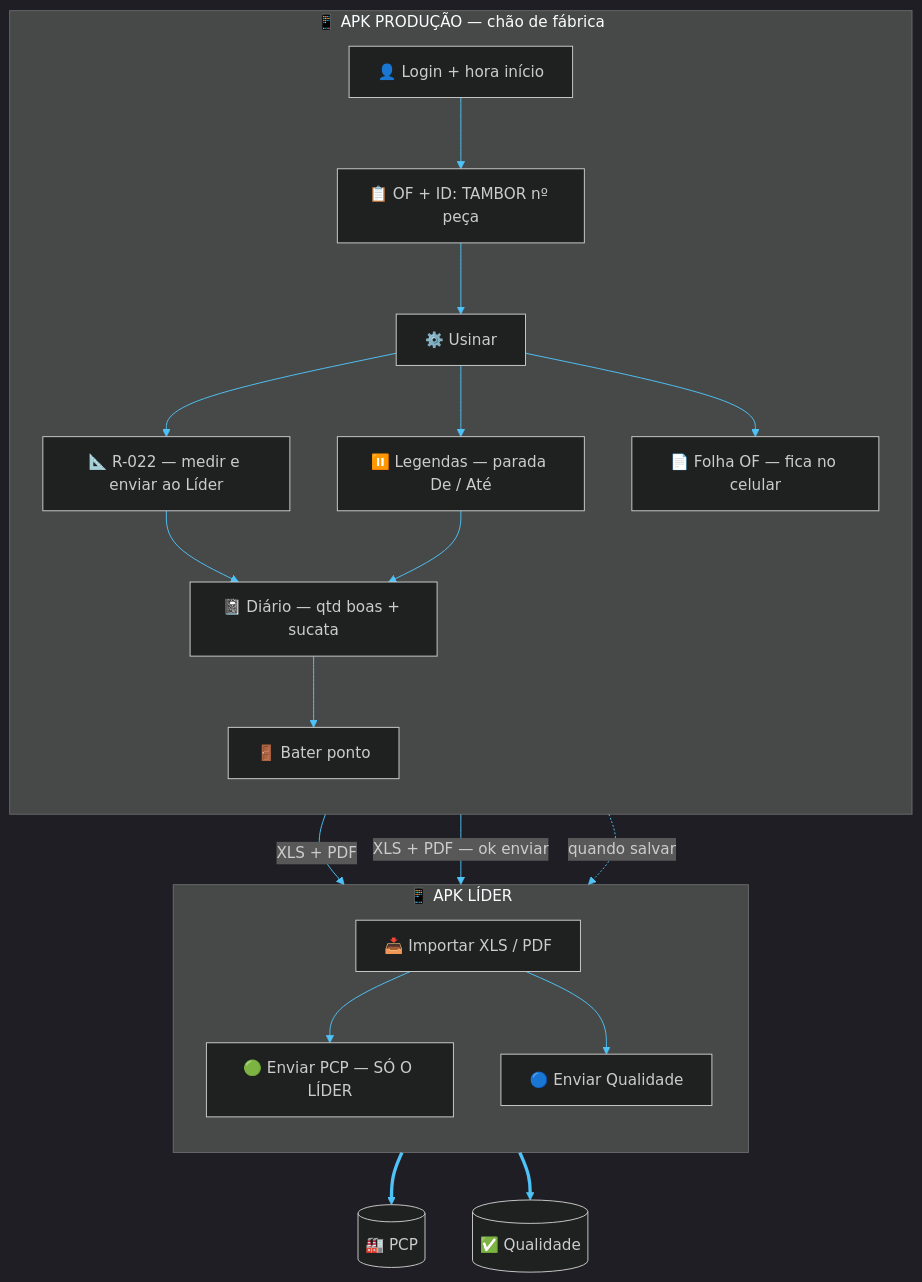
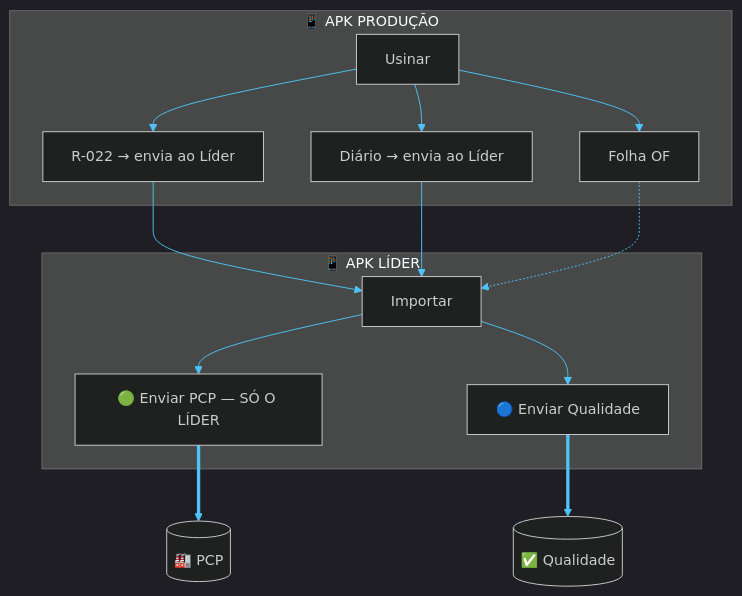
Before and after one commit to ALN2025/APK-PRODUCAO: the second of 2 diagrams in README.md, drawn with Mermaid. The commit also changed other lines of this file and 1 other file, not shown here.

Commit message:
docs: fluxo destacado — só o líder envia ao PCP

````diff
--- a/README.md
+++ b/README.md
@@ -29,48 +50,27 @@
 ```mermaid
 %%{init: {
   "theme": "dark",
   "themeVariables": {
     "primaryColor": "#0D47A1",
     "primaryTextColor": "#fff",
     "primaryBorderColor": "#4FC3F7",
     "lineColor": "#4FC3F7",
-    "secondaryColor": "#1B5E20",
-    "tertiaryColor": "#E65100",
-    "fontSize": "16px"
+    "fontSize": "15px"
   }
 }}%%
 flowchart TB
-  subgraph PRODUCAO["📱 APK PRODUÇÃO — chão de fábrica"]
-    direction TB
-    L[👤 Login + hora início]
-    OF[📋 OF + ID: TAMBOR nº peça]
-    U[⚙️ Usinar]
-    R[📐 R-022 — medir e enviar ao Líder]
-    P[⏸️ Legendas — parada De / Até]
-    D[📓 Diário — qtd boas + sucata]
-    F[📄 Folha OF — fica no celular]
-    BP[🚪 Bater ponto]
-    L --> OF --> U
-    U --> R
-    U --> P
-    U --> F
-    R --> D
-    P --> D
-    D --> BP
+  subgraph PRODUCAO["📱 APK PRODUÇÃO"]
+    U[Usinar] --> R[R-022 → envia ao Líder]
+    U --> D[Diário → envia ao Líder]
+    U --> F[Folha OF]
   end
-
   subgraph LIDER["📱 APK LÍDER"]
-    direction TB
-    I[📥 Importar XLS / PDF]
-    PCP_BTN[🟢 Enviar PCP — SÓ O LÍDER]
-    QUAL_BTN[🔵 Enviar Qualidade]
-    I --> PCP_BTN
-    I --> QUAL_BTN
+    I[Importar] --> PCP_BTN[🟢 Enviar PCP — SÓ O LÍDER]
+    I --> QUAL[🔵 Enviar Qualidade]
   end
-
-  D -->|"XLS + PDF"| I
-  R -->|"XLS + PDF — ok enviar"| I
-  F -.->|"quando salvar"| I
+  R --> I
+  D --> I
+  F -.-> I
   PCP_BTN ==> PCP[(🏭 PCP)]
-  QUAL_BTN ==> QUAL[(✅ Qualidade)]
+  QUAL ==> QUALIDADE[(✅ Qualidade)]
 ```
````
